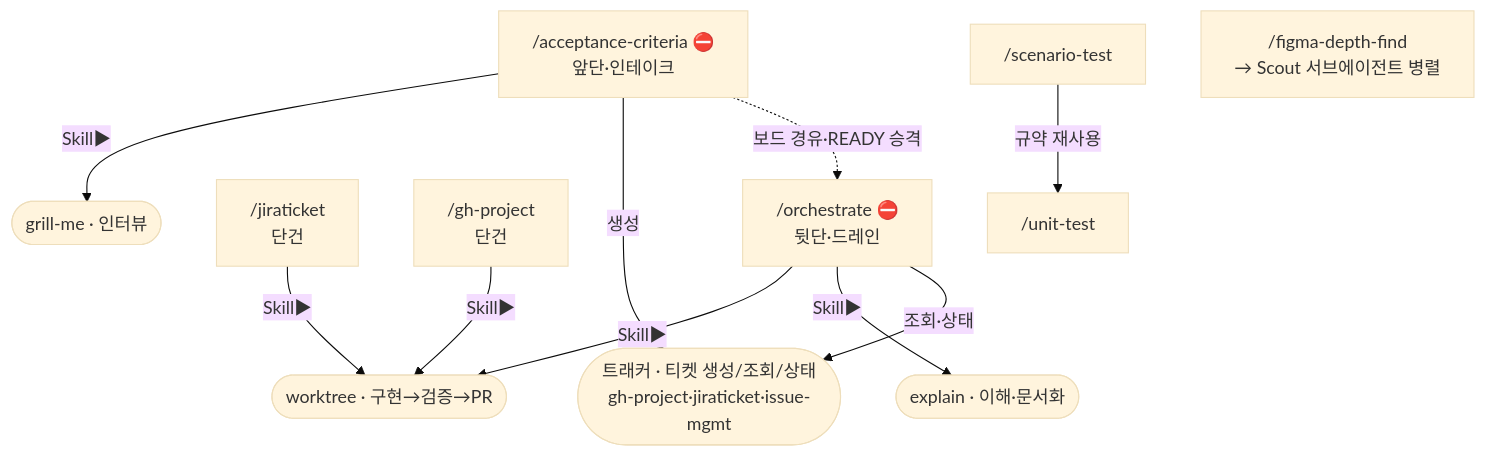
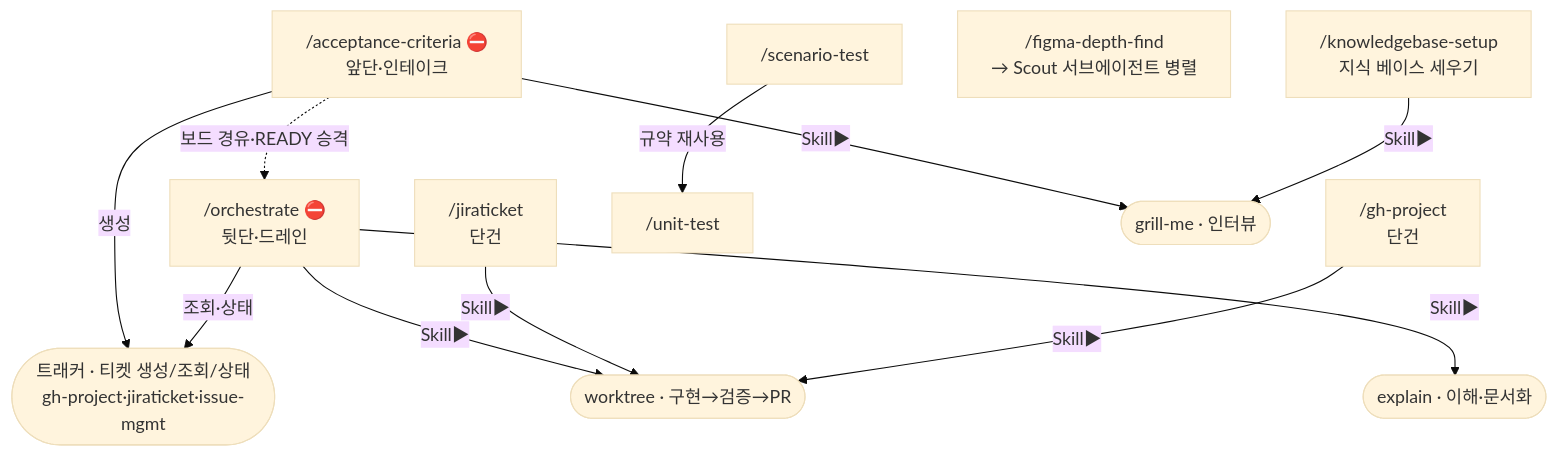
The diagram in skills/README.md (rud1676/service-claude-kit), drawn with Mermaid (base theme) before and after one commit. The commit also changed other lines of this file and 8 other files, not shown here.

First line of the commit message:
feat: knowledgebase-setup 스킬 추가 — 회사 지식 베이스 repo 세팅 + 규칙 확정

````diff
--- a/skills/README.md
+++ b/skills/README.md
@@ -21,25 +21,27 @@
 ```mermaid
 graph TD
     AC["/acceptance-criteria ⛔<br/>앞단·인테이크"]
     OR["/orchestrate ⛔<br/>뒷단·드레인"]
     JT["/jiraticket<br/>단건"]
     GP["/gh-project<br/>단건"]
     UT["/unit-test"]
     ST["/scenario-test"]
     FD["/figma-depth-find<br/>→ Scout 서브에이전트 병렬"]
+    KB["/knowledgebase-setup<br/>지식 베이스 세우기"]
 
     GM(["grill-me · 인터뷰"])
     WT(["worktree · 구현→검증→PR"])
     EX(["explain · 이해·문서화"])
     TR(["트래커 · 티켓 생성/조회/상태<br/>gh-project·jiraticket·issue-mgmt"])
 
     AC -->|Skill▶| GM
+    KB -->|Skill▶| GM
     AC -->|생성| TR
     AC -.->|보드 경유·READY 승격| OR
     OR -->|Skill▶| WT
     OR -->|Skill▶| EX
     OR -->|조회·상태| TR
     JT -->|Skill▶| WT
     GP -->|Skill▶| WT
     ST -->|규약 재사용| UT
 ```
````
